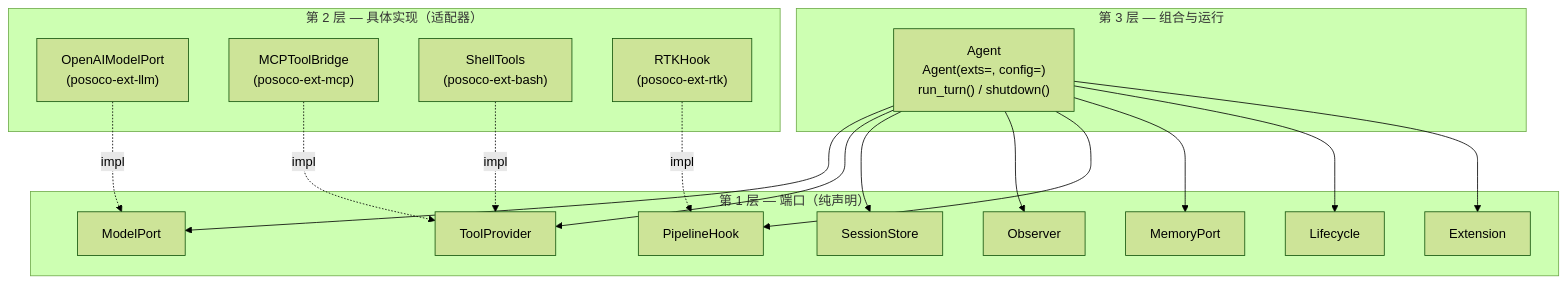
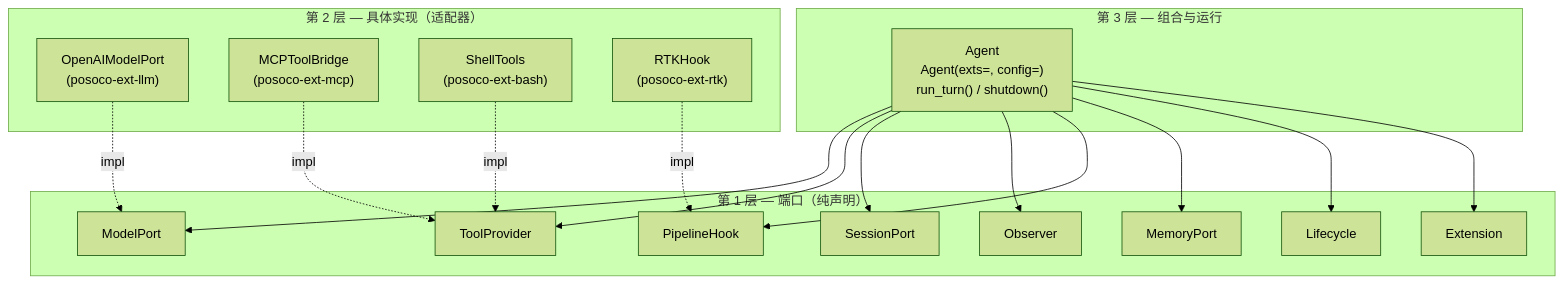
The first of 5 diagrams in docs/02-architecture.md (colmugx/posoco), drawn with Mermaid (forest theme) before and after one commit. The commit also changed other lines of this file and 12 other files, not shown here.

Commit message:
chore: update references from SessionStore to SessionPort in documentation and examples

````diff
--- a/docs/02-architecture.md
+++ b/docs/02-architecture.md
@@ -25,31 +25,31 @@
 ```mermaid
 graph TD
   subgraph "第 3 层 — 组合与运行"
     Agent["Agent<br/>Agent(exts=, config=)<br/>run_turn() / shutdown()"]
   end
 
   subgraph "第 2 层 — 具体实现（适配器）"
     OAI["OpenAIModelPort<br/>(posoco-ext-llm)"]
     MCP["MCPToolBridge<br/>(posoco-ext-mcp)"]
     SHELL["ShellTools<br/>(posoco-ext-bash)"]
     RTK["RTKHook<br/>(posoco-ext-rtk)"]
   end
 
   subgraph "第 1 层 — 端口（纯声明）"
     MP["ModelPort"]
     TP["ToolProvider"]
-    SS["SessionStore"]
+    SS["SessionPort"]
     OB["Observer"]
     HK["PipelineHook"]
     ME["MemoryPort"]
     LC["Lifecycle"]
     EX["Extension"]
   end
 
   Agent --> MP & TP & SS & OB & HK & ME & LC & EX
 
   OAI -.->|impl| MP
   MCP -.->|impl| TP
   SHELL -.->|impl| TP
   RTK -.->|impl| HK
 ```
````
